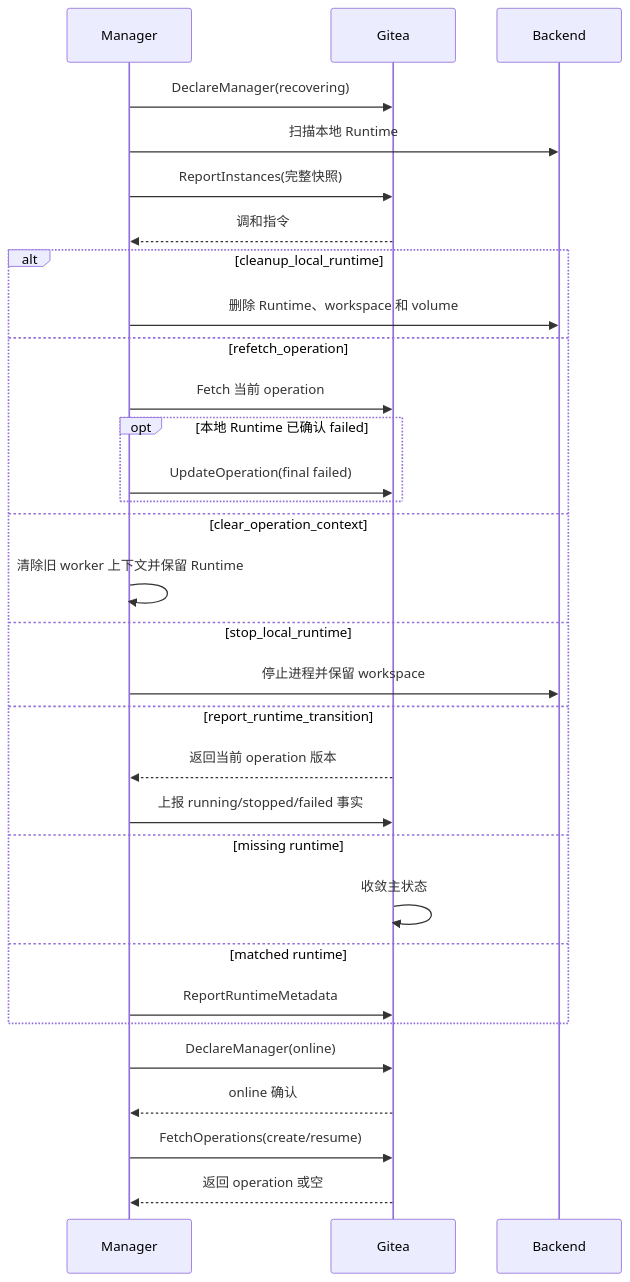
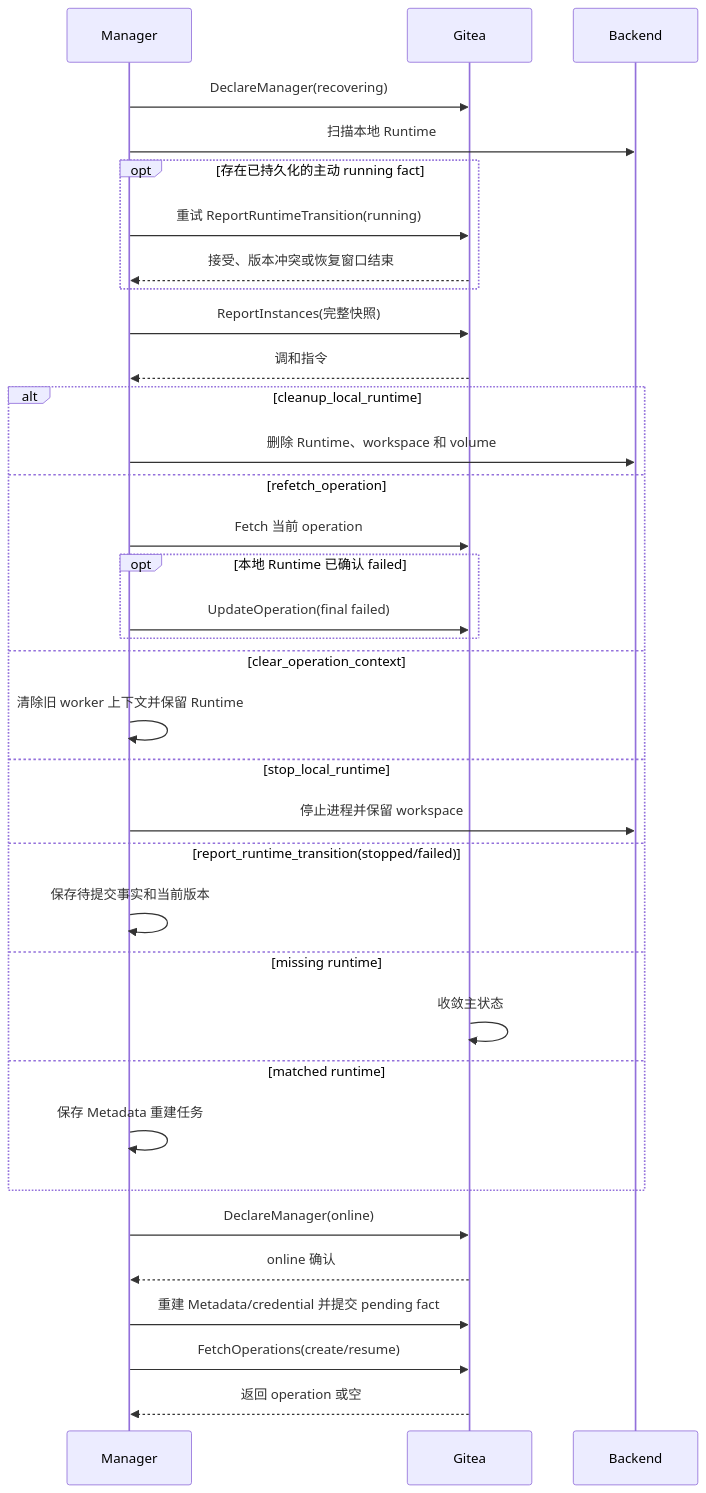
The diagram in src/maintenance-recovery.md (ExplodingDragon/gitea-dev), drawn with Mermaid before and after one commit. The commit also changed other lines of this file and 8 other files, not shown here.

````diff
--- a/src/maintenance-recovery.md
+++ b/src/maintenance-recovery.md
@@ -87,34 +88,38 @@
 ```mermaid
 sequenceDiagram
     participant M as Manager
     participant G as Gitea
     participant B as Backend
 
     M->>G: DeclareManager(recovering)
     M->>B: 扫描本地 Runtime
+    opt 存在已持久化的主动 running fact
+        M->>G: 重试 ReportRuntimeTransition(running)
+        G-->>M: 接受、版本冲突或恢复窗口结束
+    end
     M->>G: ReportInstances(完整快照)
     G-->>M: 调和指令
     alt cleanup_local_runtime
         M->>B: 删除 Runtime、workspace 和 volume
     else refetch_operation
         M->>G: Fetch 当前 operation
         opt 本地 Runtime 已确认 failed
             M->>G: UpdateOperation(final failed)
         end
     else clear_operation_context
         M->>M: 清除旧 worker 上下文并保留 Runtime
     else stop_local_runtime
         M->>B: 停止进程并保留 workspace
-    else report_runtime_transition
-        G-->>M: 返回当前 operation 版本
-        M->>G: 上报 running/stopped/failed 事实
+    else report_runtime_transition(stopped/failed)
+        M->>M: 保存待提交事实和当前版本
     else missing runtime
         G->>G: 收敛主状态
     else matched runtime
-        M->>G: ReportRuntimeMetadata
+        M->>M: 保存 Metadata 重建任务
     end
     M->>G: DeclareManager(online)
     G-->>M: online 确认
+    M->>G: 重建 Metadata/credential 并提交 pending fact
     M->>G: FetchOperations(create/resume)
     G-->>M: 返回 operation 或空
 ```
````
